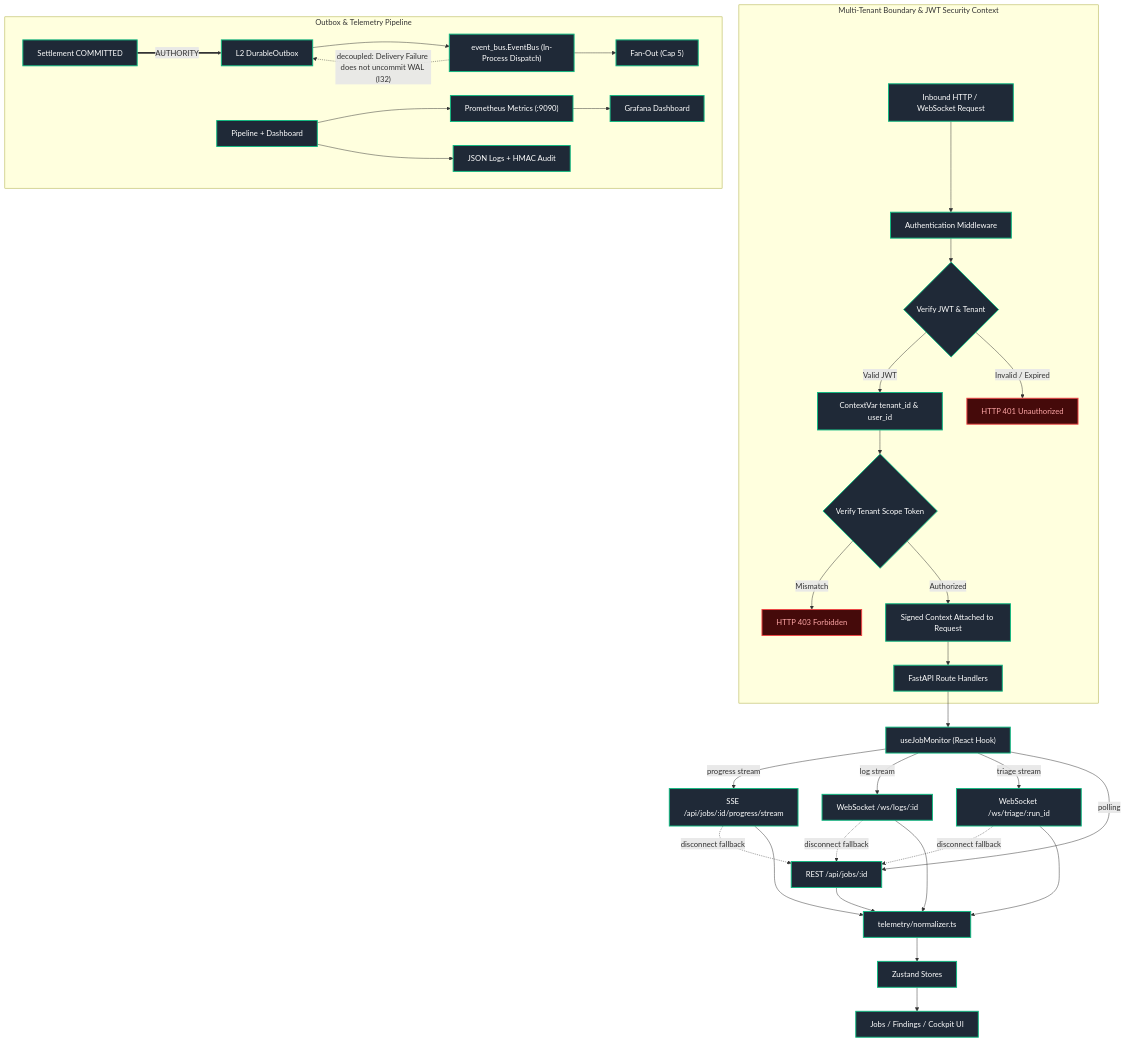
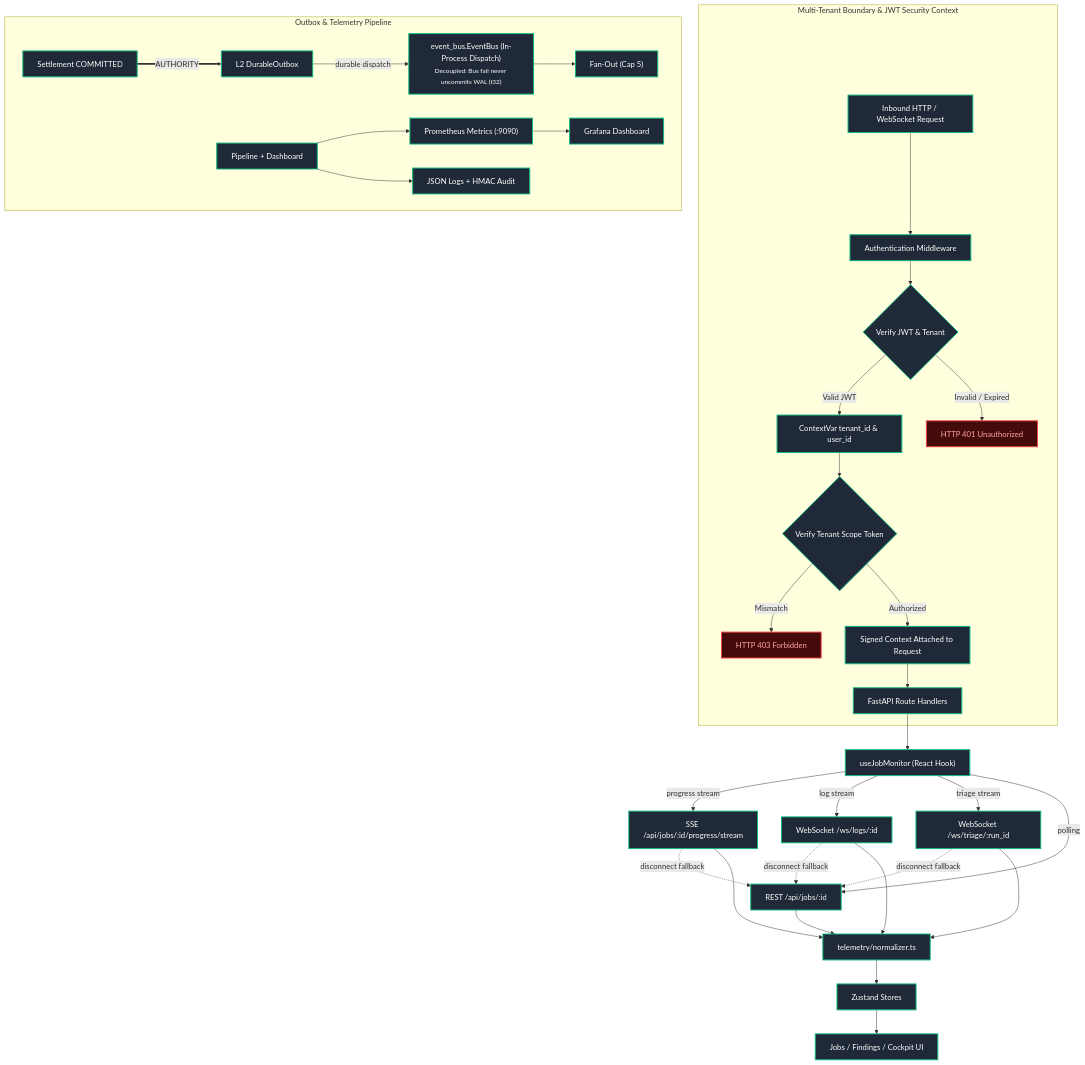
Before and after one commit to AviralGup7/Singularity-Zero: diagram 12 of 16 in docs/flowchart.md, drawn with Mermaid. The commit also changed other lines of this file, not shown here.

Commit message:
fix(flowchart): resolve all Revision 4 audit items with code-first alignment

````diff
--- a/docs/flowchart.md
+++ b/docs/flowchart.md
@@ -765,44 +755,43 @@
 ```mermaid
 flowchart TD
     classDef impl fill:#1f2937,stroke:#10b981,stroke-width:2px,color:#fff;
     classDef singleNode fill:#1e293b,stroke:#0ea5e9,stroke-width:1px,stroke-dasharray:3 3,color:#fff;
     classDef library fill:#334155,stroke:#64748b,stroke-width:1px,color:#fff;
     classDef specOnly fill:#1e1b4b,stroke:#818cf8,stroke-width:1px,stroke-dasharray:4 4,color:#fff;
     classDef vacuous fill:#27272a,stroke:#71717a,stroke-width:1px,color:#a1a1aa;
     classDef forbidden fill:#450a0a,stroke:#ef4444,stroke-width:2px,color:#fca5a5;
 
     subgraph MultiTenantAuth["Multi-Tenant Boundary & JWT Security Context"]
         Req["Inbound HTTP / WebSocket Request"]:::impl --> AuthMid["Authentication Middleware"]:::impl
         AuthMid --> JWT{"Verify JWT & Tenant"}:::impl
         JWT -->|Valid JWT| Ctx["ContextVar tenant_id & user_id"]:::impl
         JWT -->|Invalid / Expired| Refuse401["HTTP 401 Unauthorized"]:::forbidden
         Ctx --> ScopeCheck{"Verify Tenant Scope Token"}:::impl
         ScopeCheck -->|Mismatch| Refuse403["HTTP 403 Forbidden"]:::forbidden
         ScopeCheck -->|Authorized| ScopeSigned["Signed Context Attached to Request"]:::impl
         ScopeSigned --> Dispatch["FastAPI Route Handlers"]:::impl
     end
 
     Dispatch --> Hook["useJobMonitor (React Hook)"]:::impl
     Hook -->|"progress stream"| SSE["SSE /api/jobs/:id/progress/stream"]:::impl
     Hook -->|"log stream"| WS["WebSocket /ws/logs/:id"]:::impl
     Hook -->|"triage stream"| Triage["WebSocket /ws/triage/:run_id"]:::impl
     Hook -->|"polling"| REST["REST /api/jobs/:id"]:::impl
     
     WS -.->|"disconnect fallback"| REST
     Triage -.->|"disconnect fallback"| REST
     SSE -.->|"disconnect fallback"| REST
     
     REST & SSE & WS & Triage --> Norm["telemetry/normalizer.ts"]:::impl
     Norm --> Stores["Zustand Stores"]:::impl
     Stores --> Pages["Jobs / Findings / Cockpit UI"]:::impl
     
     subgraph OutboxNotify["Outbox & Telemetry Pipeline"]
         Settle["Settlement COMMITTED"]:::impl ==>|"AUTHORITY"| Outbox["L2 DurableOutbox"]:::impl
-        Outbox --> LiveBus["event_bus.EventBus (In-Process Dispatch)"]:::impl
+        Outbox -->|"durable dispatch"| LiveBus["event_bus.EventBus (In-Process Dispatch)<br/><small>Decoupled: Bus fail never uncommits WAL (I32)</small>"]:::impl
         LiveBus --> Fan["Fan-Out (Cap 5)"]:::impl
-        LiveBus -.->|"decoupled: Delivery Failure does not uncommit WAL (I32)"| Outbox
         App["Pipeline + Dashboard"]:::impl --> Prom["Prometheus Metrics (:9090)"]:::impl
         App --> Logs["JSON Logs + HMAC Audit"]:::impl
         Prom --> Graf["Grafana Dashboard"]:::impl
     end
 ```
````
